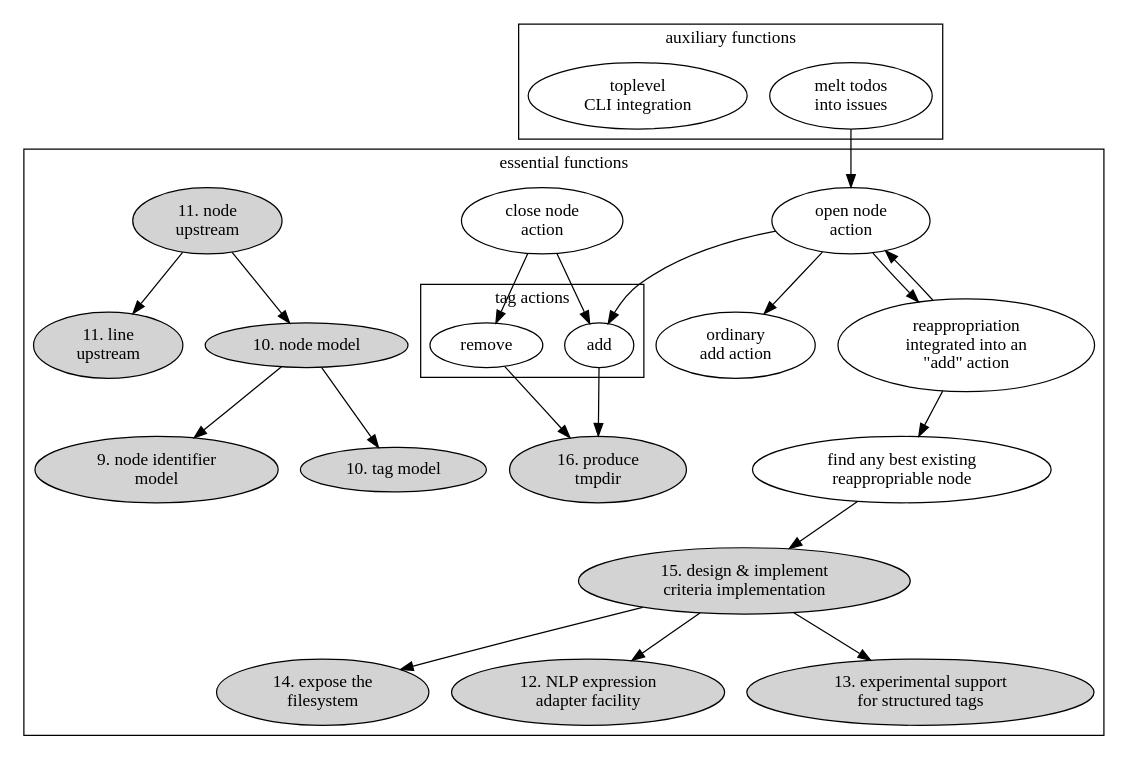
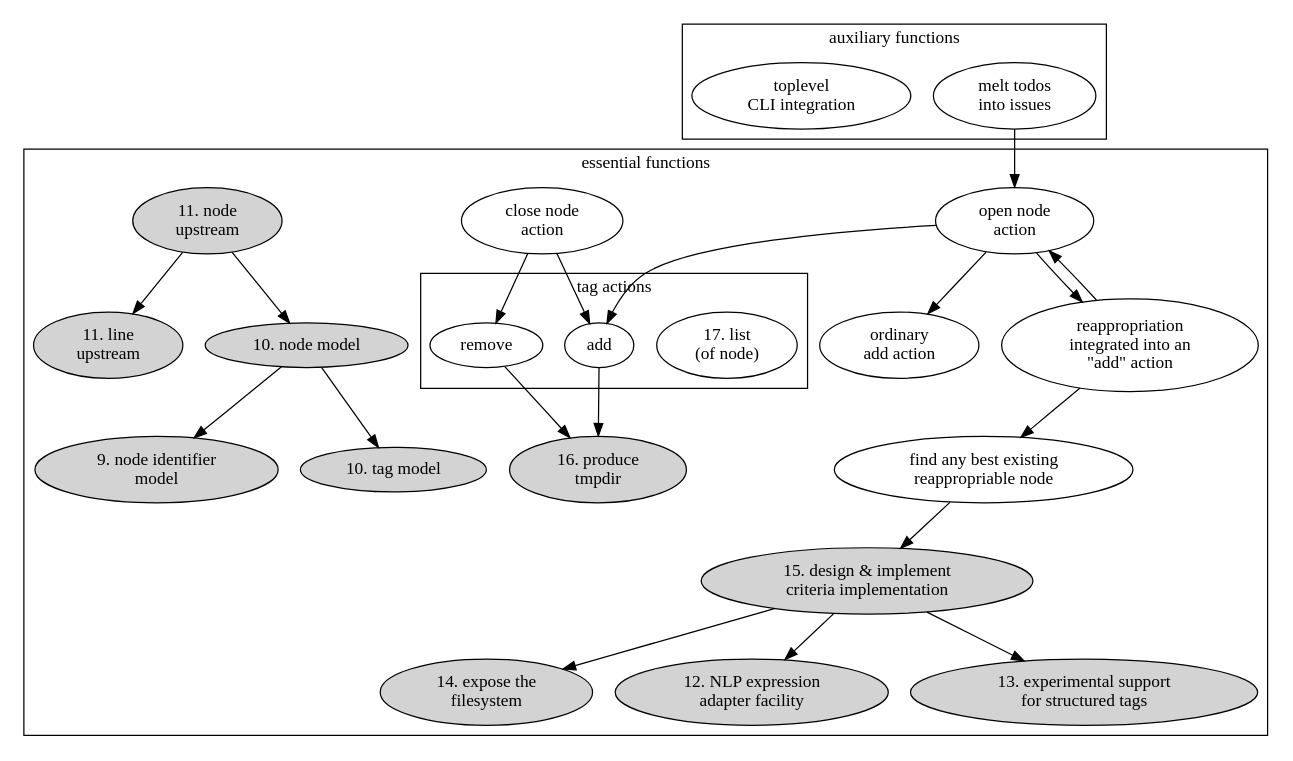
The diagram in lib/skylab/snag/doc/issues/038/component-digraph.dot (hipe/tmx), drawn with Graphviz before and after one commit. The commit also changed 20 other files, not shown here.

```diff
--- a/lib/skylab/snag/doc/issues/038/component-digraph.dot
+++ b/lib/skylab/snag/doc/issues/038/component-digraph.dot
@@ -1,65 +1,66 @@
 digraph {
 
 subgraph cluster_main {
 
   label="essential functions"
 
   subgraph cluster_tag_actions {
     label="tag actions"
+    tl [label="17. list\n(of node)"]
     ta [label="add" ]
     tr [label="remove"]
   }
 
 
   aa [label="open node\naction" ]
   ca [label="close node\naction" ]
   de [label="15. design & implement\ncriteria implementation" style=filled]
   FS [label="14. expose the\nfilesystem" style=filled]
   line_upstream [label="11. line\nupstream" style=filled]
   NLP_experiment [label="12. NLP expression\nadapter facility" style=filled]
   node_identifier_model [label="9. node identifier\nmodel" style=filled]
   node_model [label="10. node model" style=filled]
   node_upstream [label="11. node\nupstream" style=filled]
   oaa [label="ordinary\nadd action"]
   rea [label="reappropriation\nintegrated into an\n\"add\" action" ]
   rea_actor [label="find any best existing\nreappropriable node" ]
   stru [label="13. experimental support\nfor structured tags" style=filled]
   tag_model [label="10. tag model" style=filled]
   tmpdir [label="16. produce\ntmpdir" style=filled]
 
   aa->rea
   aa->ta
 
   ca->tr
   ca->ta
 
   rea->aa
   aa->oaa
   rea->rea_actor
 
   rea_actor->de
   de->NLP_experiment
   de->FS
   de->stru
 
   node_upstream -> line_upstream
   node_upstream -> node_model
 
   node_model -> node_identifier_model
   node_model -> tag_model
 
   tr->tmpdir
   ta->tmpdir
 
 }
 
 
 subgraph cluster_after {
 
   label="auxiliary functions"
   melt [label="melt todos\ninto issues"]
   top_cli [label="toplevel\nCLI integration"]
 }
 
 melt->aa
 }
```
